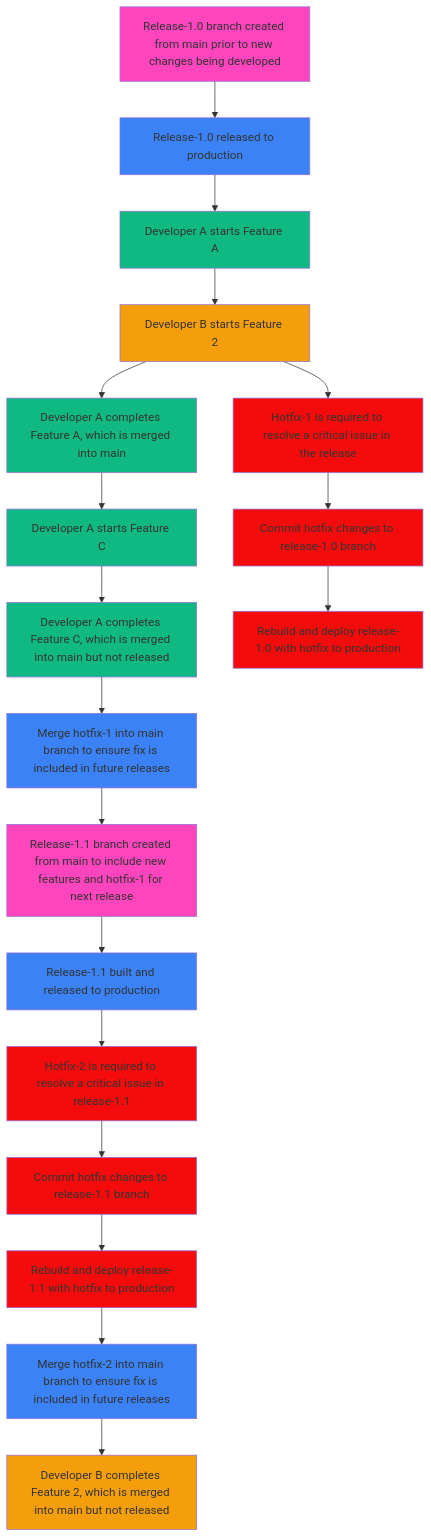
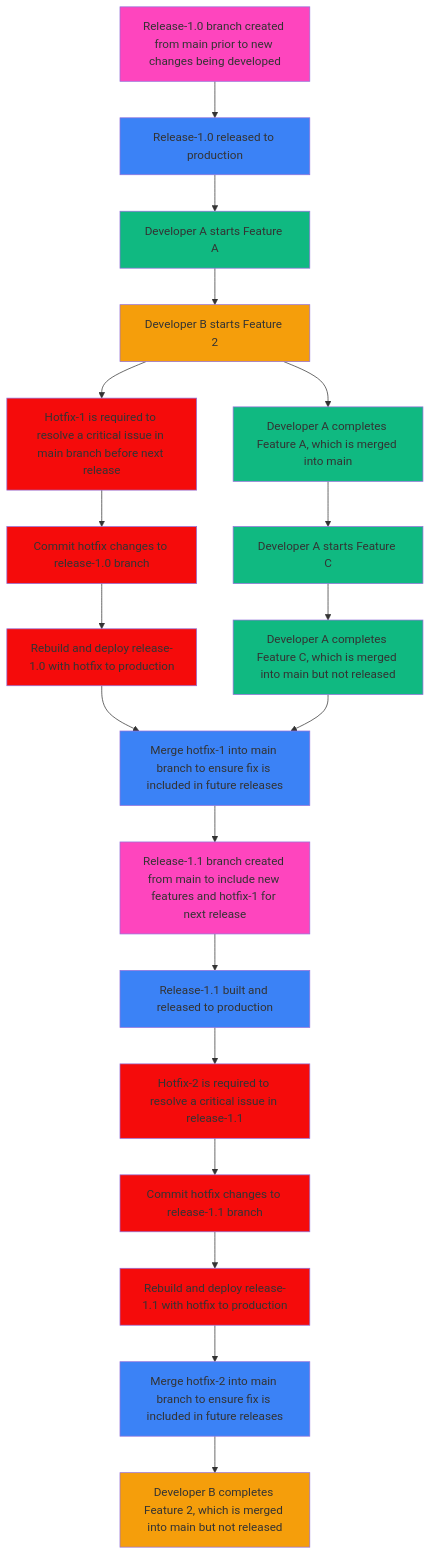
Before and after one commit to NHSDigital/dtos-cohort-manager: the fifth of 6 diagrams in docs/user-guides/Git_branching-strategies.md, drawn with Mermaid. The commit also changed other lines of this file, not shown here.

````diff
--- a/docs/user-guides/Git_branching-strategies.md
+++ b/docs/user-guides/Git_branching-strategies.md
@@ -231,39 +232,40 @@
 ```mermaid
 flowchart TD
     A1[Release-1.0 branch created from main prior to new changes being developed] --> A2[Release-1.0 released to production]
     A2 --> B1[Developer A starts Feature A]
     B1 --> C1[Developer B starts Feature 2]
     C1 --> B2[Developer A completes Feature A, which is merged into main]
     B2 --> D1[Developer A starts Feature C]
     D1 --> D2[Developer A completes Feature C, which is merged into main but not released]
-    C1 --> E1[Hotfix-1 is required to resolve a critical issue in the release]
+    C1 --> E1[Hotfix-1 is required to resolve a critical issue in main branch before next release]
     E1 --> E2[Commit hotfix changes to release-1.0 branch]
     E2 --> E3[Rebuild and deploy release-1.0 with hotfix to production]
-    D2 --> E4[Merge hotfix-1 into main branch to ensure fix is included in future releases]
+    E3 --> E4[Merge hotfix-1 into main branch to ensure fix is included in future releases]
+    D2 --> E4
     E4 --> F1[Release-1.1 branch created from main to include new features and hotfix-1 for next release]
     F1 --> F2[Release-1.1 built and released to production]
     F2 --> G1[Hotfix-2 is required to resolve a critical issue in release-1.1]
     G1 --> G2[Commit hotfix changes to release-1.1 branch]
     G2 --> G3[Rebuild and deploy release-1.1 with hotfix to production]
     G3 --> G4[Merge hotfix-2 into main branch to ensure fix is included in future releases]
     G4 --> C2[Developer B completes Feature 2, which is merged into main but not released]
 
     style A1 fill:#fe45be
     style A2 fill:#3b82f6
     style B1 fill:#10b981
     style B2 fill:#10b981
     style C1 fill:#f59e0b
     style C2 fill:#f59e0b
     style D1 fill:#10b981
     style D2 fill:#10b981
     style E1 fill:#f50b0b
     style E2 fill:#f50b0b
     style E3 fill:#f50b0b
     style E4 fill:#3b82f6
     style F1 fill:#fe45be
     style F2 fill:#3b82f6
     style G1 fill:#f50b0b
     style G2 fill:#f50b0b
     style G3 fill:#f50b0b
     style G4 fill:#3b82f6
 ```
````
